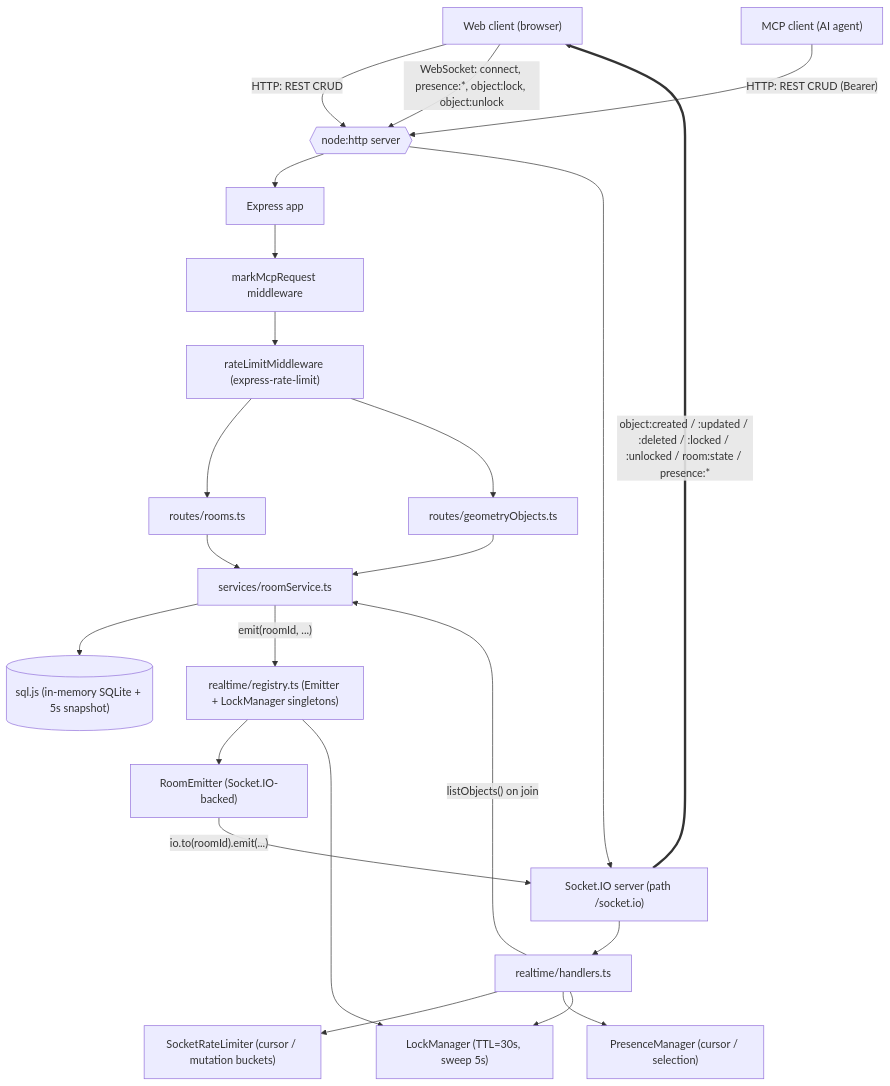
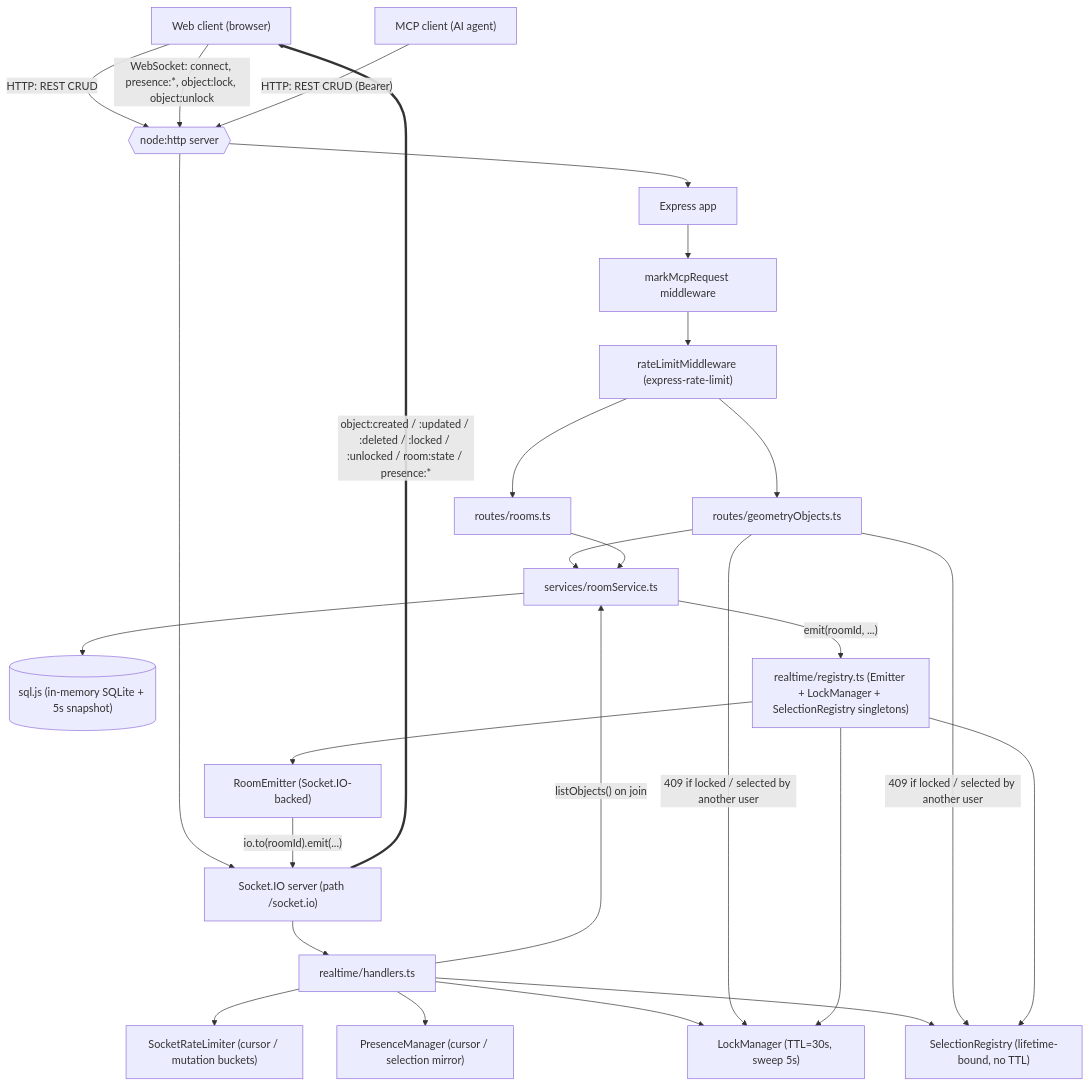
The diagram in apps/server/ARCHITECTURE.md (alexkhalevine/polypad.ink), drawn with Mermaid before and after one commit. The commit also changed other lines of this file and 14 other files, not shown here.

````diff
--- a/apps/server/ARCHITECTURE.md
+++ b/apps/server/ARCHITECTURE.md
@@ -90,52 +111,58 @@
 ```mermaid
 flowchart TD
   WebClient["Web client (browser)"]
   McpClient["MCP client (AI agent)"]
 
   HttpServer{{"node:http server"}}
   Express["Express app"]
   IO["Socket.IO server (path /socket.io)"]
 
   MarkMcp["markMcpRequest middleware"]
   HttpRate["rateLimitMiddleware (express-rate-limit)"]
   RoomRoute["routes/rooms.ts"]
   GeomRoute["routes/geometryObjects.ts"]
 
   RoomService["services/roomService.ts"]
   DB[("sql.js (in-memory SQLite + 5s snapshot)")]
 
-  Registry["realtime/registry.ts (Emitter + LockManager singletons)"]
+  Registry["realtime/registry.ts (Emitter + LockManager + SelectionRegistry singletons)"]
   Emitter["RoomEmitter (Socket.IO-backed)"]
   Locks["LockManager (TTL=30s, sweep 5s)"]
-  Presence["PresenceManager (cursor / selection)"]
+  Selections["SelectionRegistry (lifetime-bound, no TTL)"]
+  Presence["PresenceManager (cursor / selection mirror)"]
   Handlers["realtime/handlers.ts"]
   WsRate["SocketRateLimiter (cursor / mutation buckets)"]
 
   WebClient -- "HTTP: REST CRUD" --> HttpServer
   WebClient -- "WebSocket: connect, presence:*, object:lock, object:unlock" --> HttpServer
   McpClient -- "HTTP: REST CRUD (Bearer)" --> HttpServer
 
   HttpServer --> Express
   HttpServer --> IO
 
   Express --> MarkMcp
   MarkMcp --> HttpRate
   HttpRate --> RoomRoute
   HttpRate --> GeomRoute
   GeomRoute --> RoomService
   RoomRoute --> RoomService
   RoomService --> DB
   RoomService -- "emit(roomId, ...)" --> Registry
 
   IO --> Handlers
   Handlers --> WsRate
   Handlers --> Presence
   Handlers --> Locks
+  Handlers --> Selections
   Handlers -- "listObjects() on join" --> RoomService
+
+  GeomRoute -- "409 if locked / selected by another user" --> Locks
+  GeomRoute -- "409 if locked / selected by another user" --> Selections
 
   Registry --> Emitter
   Registry --> Locks
+  Registry --> Selections
   Emitter -- "io.to(roomId).emit(...)" --> IO
 
   IO == "object:created / :updated / :deleted / :locked / :unlocked / room:state / presence:*" ==> WebClient
 ```
````
